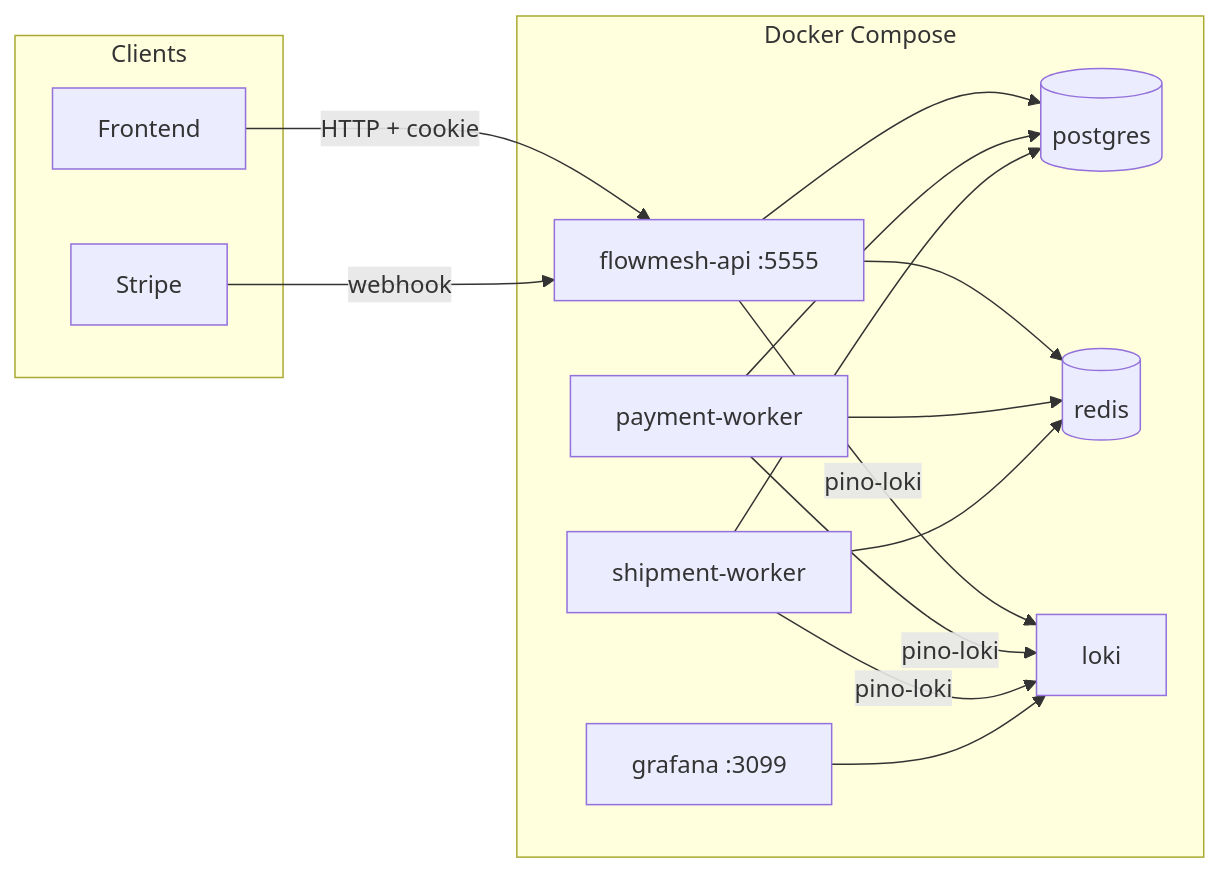
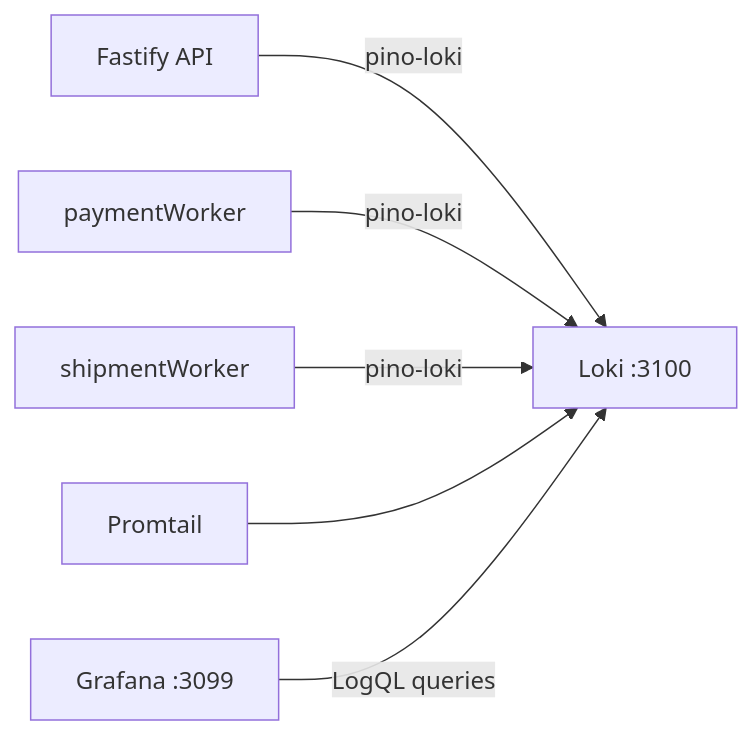
One commit to singhmanan2904/flowMesh changed the fifth of 5 diagrams in README.md. Above: the diagram before and after it, drawn with Mermaid. The commit also changed other lines of this file and 4 other files, not shown here.

Commit message:
docs: enhance README with detailed project structure, features, and API endpoints; add Grafana images for observability insights

````diff
--- a/README.md
+++ b/README.md
@@ -292,30 +546,8 @@
 ```mermaid
 flowchart LR
-    subgraph clients [Clients]
-        FE[Frontend]
-        Stripe[Stripe]
-    end
-
-    subgraph compose [Docker Compose]
-        API[flowmesh-api :5555]
-        PW[payment-worker]
-        SW[shipment-worker]
-        PG[(postgres)]
-        RD[(redis)]
-        LK[loki]
-        GF[grafana :3099]
-    end
-
-    FE -->|HTTP + cookie| API
-    Stripe -->|webhook| API
-    API --> PG
-    API --> RD
-    PW --> PG
-    PW --> RD
-    SW --> PG
-    SW --> RD
-    API -->|pino-loki| LK
-    PW -->|pino-loki| LK
-    SW -->|pino-loki| LK
-    GF --> LK
+    API[Fastify API] -->|pino-loki| LK[Loki :3100]
+    PW[paymentWorker] -->|pino-loki| LK
+    SW[shipmentWorker] -->|pino-loki| LK
+    PT[Promtail] --> LK
+    GF[Grafana :3099] -->|LogQL queries| LK
 ```
````
